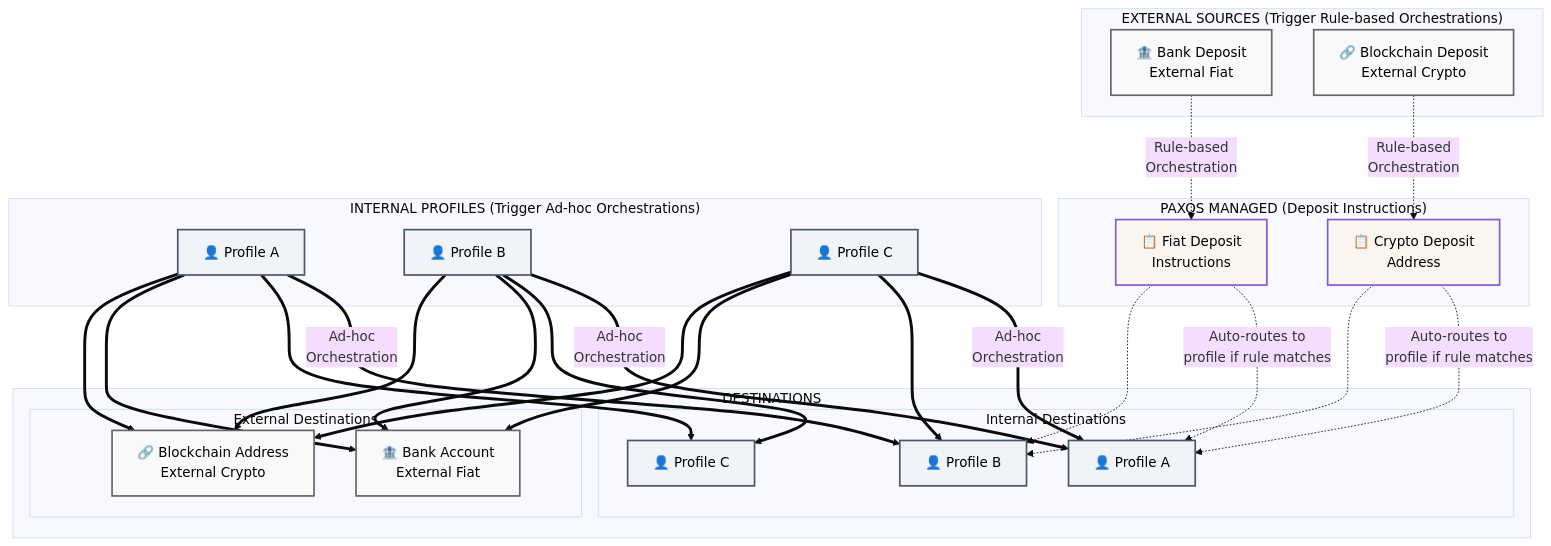
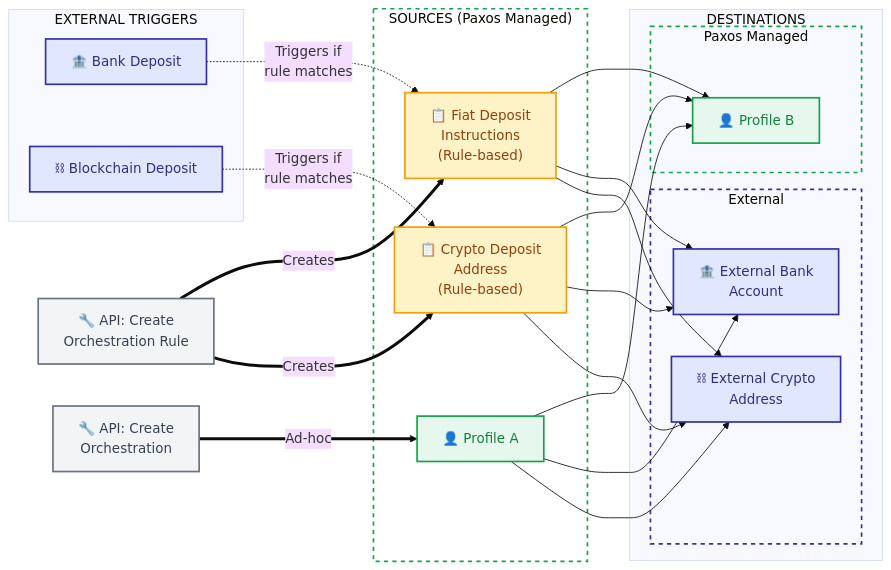
One commit to paxosglobal/docs-mintlify changed the diagram in guides/developer/orchestrations/orchestrations.mdx. Above: the diagram before and after it, drawn with Mermaid (base theme). The commit also changed other lines of this file, not shown here.

````diff
--- a/guides/developer/orchestrations/orchestrations.mdx
+++ b/guides/developer/orchestrations/orchestrations.mdx
@@ -21,63 +21,65 @@
 ```mermaid
-graph TB
-    %% Styling for dark/light mode compatibility
-    classDef external fill:#f9f9f9,stroke:#666,stroke-width:2px,color:#000
-    classDef internal fill:#f0f4f8,stroke:#4a5568,stroke-width:2px,color:#000
-    classDef managed fill:#faf5ef,stroke:#805ad5,stroke-width:2px,color:#000
-    classDef groupBox fill:transparent,stroke:#888,stroke-width:2px,stroke-dasharray:5
-    classDef ruleFlow stroke:#e53e3e,stroke-width:3px
-    classDef adhocFlow stroke:#3182ce,stroke-width:3px
+graph LR
+    %% Color scheme
+    classDef profile fill:#e6f7ed,stroke:#16a34a,stroke-width:2px,color:#15803d
+    classDef ruleSource fill:#fef3c7,stroke:#f59e0b,stroke-width:2px,color:#92400e
+    classDef external fill:#e0e7ff,stroke:#3730a3,stroke-width:2px,color:#312e81
+    classDef apiCall fill:#f3f4f6,stroke:#6b7280,stroke-width:2px,color:#374151
+    classDef paxosBox fill:transparent,stroke:#16a34a,stroke-width:2px,stroke-dasharray:5
+    classDef externalBox fill:transparent,stroke:#3730a3,stroke-width:2px,stroke-dasharray:5
     
-    subgraph "EXTERNAL SOURCES (Trigger Rule-based Orchestrations)"
-        ExtFiat["🏦 Bank Deposit<br/>External Fiat"]:::external
-        ExtCrypto["🔗 Blockchain Deposit<br/>External Crypto"]:::external
+    subgraph triggers["EXTERNAL TRIGGERS"]
+        ExtFiat["🏦 Bank Deposit"]:::external
+        ExtCrypto["⛓ Blockchain Deposit"]:::external
     end
     
-    subgraph "PAXOS MANAGED (Deposit Instructions)"
-        FiatInstr["📋 Fiat Deposit<br/>Instructions"]:::managed
-        CryptoInstr["📋 Crypto Deposit<br/>Address"]:::managed
+    subgraph sources["SOURCES (Paxos Managed)"]
+        ProfileA["👤 Profile A"]:::profile
+        FiatInstr["📋 Fiat Deposit<br/>Instructions<br/>(Rule-based)"]:::ruleSource
+        CryptoInstr["📋 Crypto Deposit<br/>Address<br/>(Rule-based)"]:::ruleSource
     end
     
-    subgraph "INTERNAL PROFILES (Trigger Ad-hoc Orchestrations)"
-        Profile1["👤 Profile A"]:::internal
-        Profile2["👤 Profile B"]:::internal
-        Profile3["👤 Profile C"]:::internal
-    end
-    
-    subgraph "DESTINATIONS"
-        subgraph "Internal Destinations"
-            DestProfile1["👤 Profile A"]:::internal
-            DestProfile2["👤 Profile B"]:::internal
-            DestProfile3["👤 Profile C"]:::internal
+    subgraph destinations["DESTINATIONS"]
+        subgraph paxosDest["Paxos Managed"]
+            ProfileB["👤 Profile B"]:::profile
         end
         
-        subgraph "External Destinations"
-            DestExtFiat["🏦 Bank Account<br/>External Fiat"]:::external
-            DestExtCrypto["🔗 Blockchain Address<br/>External Crypto"]:::external
+        subgraph extDest["External"]
+            ExtBank["🏦 External Bank<br/>Account"]:::external
+            ExtCryptoAddr["⛓ External Crypto<br/>Address"]:::external
         end
     end
     
-    %% Rule-based flows (red/dashed)
-    ExtFiat -.->|"Rule-based<br/>Orchestration"| FiatInstr
-    ExtCrypto -.->|"Rule-based<br/>Orchestration"| CryptoInstr
-    FiatInstr -.->|"Auto-routes to<br/>profile if rule matches"| DestProfile1
-    FiatInstr -.->|" "| DestProfile2
-    CryptoInstr -.->|"Auto-routes to<br/>profile if rule matches"| DestProfile1
-    CryptoInstr -.->|" "| DestProfile2
+    %% API Calls
+    CreateRule["🔧 API: Create<br/>Orchestration Rule"]:::apiCall
+    CreateOrch["🔧 API: Create<br/>Orchestration"]:::apiCall
     
-    %% Ad-hoc flows (blue/solid)
-    Profile1 ==>|"Ad-hoc<br/>Orchestration"| DestProfile2
-    Profile1 ==>|" "| DestProfile3
-    Profile1 ==>|" "| DestExtFiat
-    Profile1 ==>|" "| DestExtCrypto
+    %% Rule creation flow
+    CreateRule ==>|"Creates"| FiatInstr
+    CreateRule ==>|"Creates"| CryptoInstr
     
-    Profile2 ==>|"Ad-hoc<br/>Orchestration"| DestProfile1
-    Profile2 ==>|" "| DestProfile3
-    Profile2 ==>|" "| DestExtFiat
-    Profile2 ==>|" "| DestExtCrypto
+    %% External triggers to rule-based sources
+    ExtFiat -.->|"Triggers if<br/>rule matches"| FiatInstr
+    ExtCrypto -.->|"Triggers if<br/>rule matches"| CryptoInstr
     
-    Profile3 ==>|"Ad-hoc<br/>Orchestration"| DestProfile1
-    Profile3 ==>|" "| DestProfile2
-    Profile3 ==>|" "| DestExtFiat
-    Profile3 ==>|" "| DestExtCrypto
+    %% Ad-hoc orchestration trigger
+    CreateOrch ==>|"Ad-hoc"| ProfileA
+    
+    %% All sources to all destinations
+    ProfileA --> ProfileB
+    ProfileA --> ExtBank
+    ProfileA --> ExtCryptoAddr
+    
+    FiatInstr --> ProfileB
+    FiatInstr --> ExtBank
+    FiatInstr --> ExtCryptoAddr
+    
+    CryptoInstr --> ProfileB
+    CryptoInstr --> ExtBank
+    CryptoInstr --> ExtCryptoAddr
+    
+    %% Style the subgraphs
+    class sources paxosBox
+    class paxosDest paxosBox
+    class extDest externalBox
 ```
````
